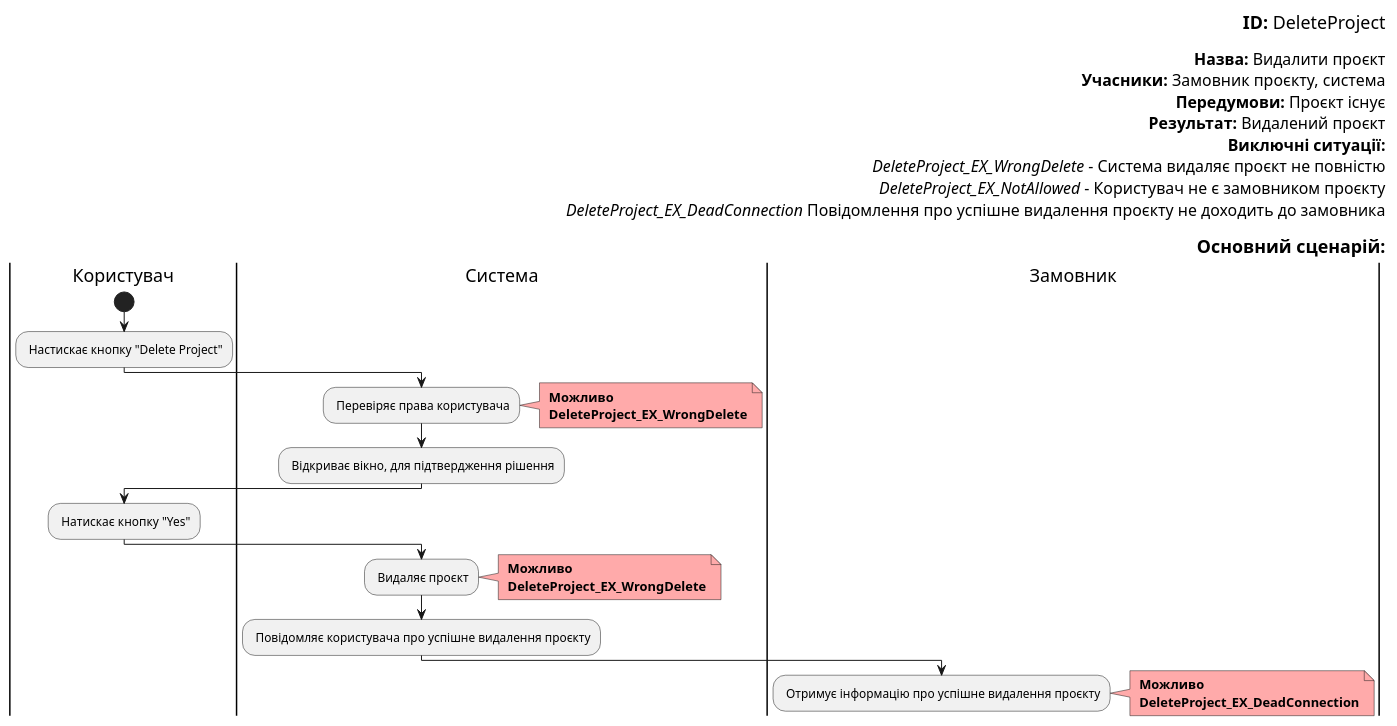
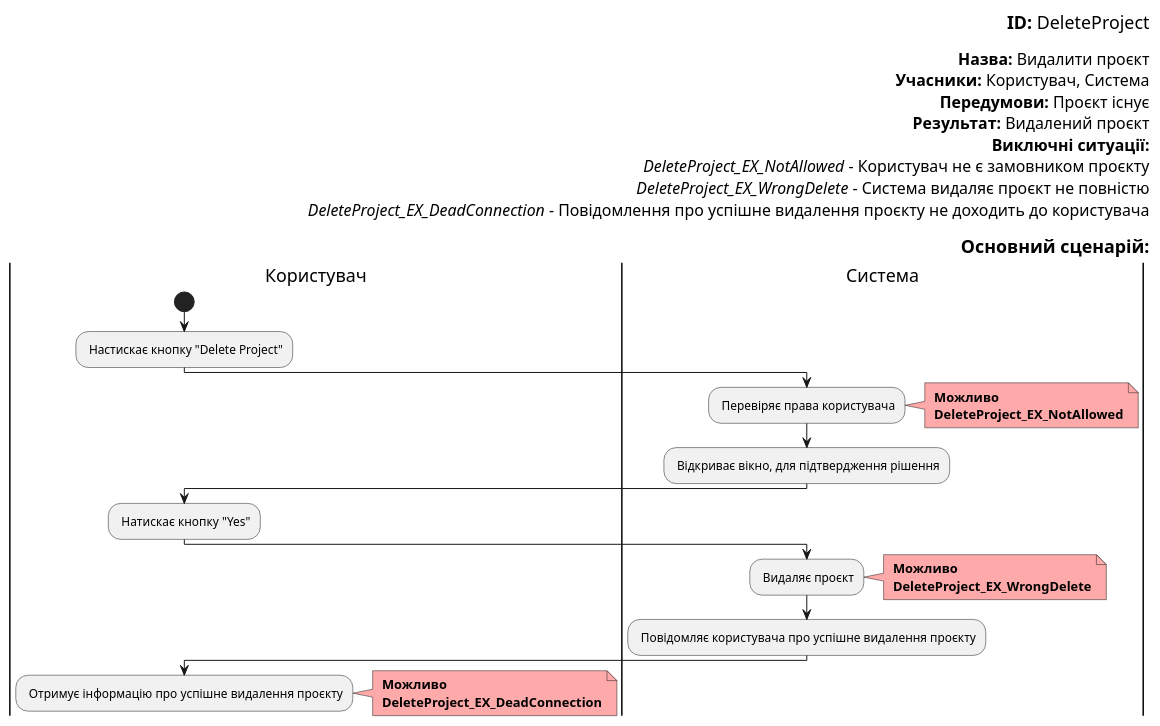
One commit to boldak/edu-db-cw changed the ninth of 19 diagrams in docs/use cases/README.md. Above: the diagram before and after it, drawn with PlantUML. The commit also changed other lines of this file, not shown here.

```diff
--- a/docs/use cases/README.md
+++ b/docs/use cases/README.md
@@ -477,52 +477,52 @@
 @startuml
 
     right header        
         <font color=000 size=18><b>ID:</b> DeleteProject
 
         <font color=000 size=16><b>Назва:</b> Видалити проєкт
-        <font color=000 size=16><b>Учасники:</b> Замовник проєкту, система
+        <font color=000 size=16><b>Учасники:</b> Користувач, Система
         <font color=000 size=16><b>Передумови:</b> Проєкт існує
         <font color=000 size=16><b>Результат:</b> Видалений проєкт
         <font color=000 size=16><b>Виключні ситуації:</b>
-        <font color=000 size=16> <i>DeleteProject_EX_WrongDelete</i> - Система видаляє проєкт не повністю
-        <font color=000 size=16> <i>DeleteProject_EX_NotAllowed</i> - Користувач не є замовником проєкту
-        <font color=000 size=16> <i>DeleteProject_EX_DeadConnection</i> Повідомлення про успішне видалення проєкту не доходить до замовника
+         <font color=000 size=16> <i>DeleteProject_EX_NotAllowed</i> - Користувач не є замовником проєкту
+        <font color=000 size=16><i>DeleteProject_EX_WrongDelete</i> - Система видаляє проєкт не повністю
+        <font color=000 size=16><i>DeleteProject_EX_DeadConnection</i> - Повідомлення про успішне видалення проєкту не доходить до користувача
 
         <font color=000 size=18><b>Основний сценарій:</b>
     end header
 
     |Користувач|
         start
         : Настискає кнопку "Delete Project";
         
     |Система|
         : Перевіряє права користувача;
         note right #ffaaaa
         <b> Можливо
-        <b> DeleteProject_EX_WrongDelete
+        <b> DeleteProject_EX_NotAllowed
         end note
 
     |Система|
         : Відкриває вікно, для підтвердження рішення;
 
     |Користувач|
         : Натискає кнопку "Yes";
         
     |Система|
         : Видаляє проєкт;
         note right #ffaaaa
         <b> Можливо
         <b> DeleteProject_EX_WrongDelete
         end note
 
     |Система|
         : Повідомляє користувача про успішне видалення проєкту;
         
-    |Замовник|
+    |Користувач|
         : Отримує інформацію про успішне видалення проєкту;
                 note right #ffaaaa
-        <b> Можливо
-        <b> DeleteProject_EX_DeadConnection
-        end note
+                <b> Можливо
+                <b> DeleteProject_EX_DeadConnection
+                end note
 
 @enduml
```
